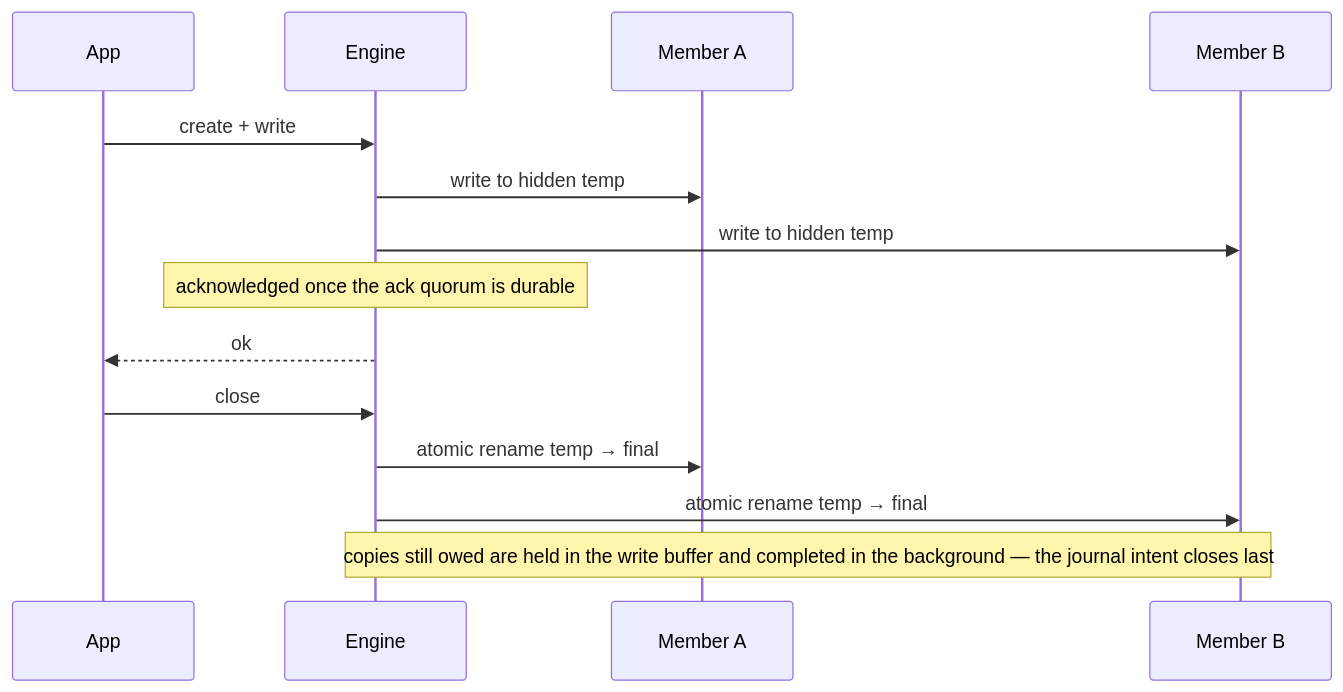
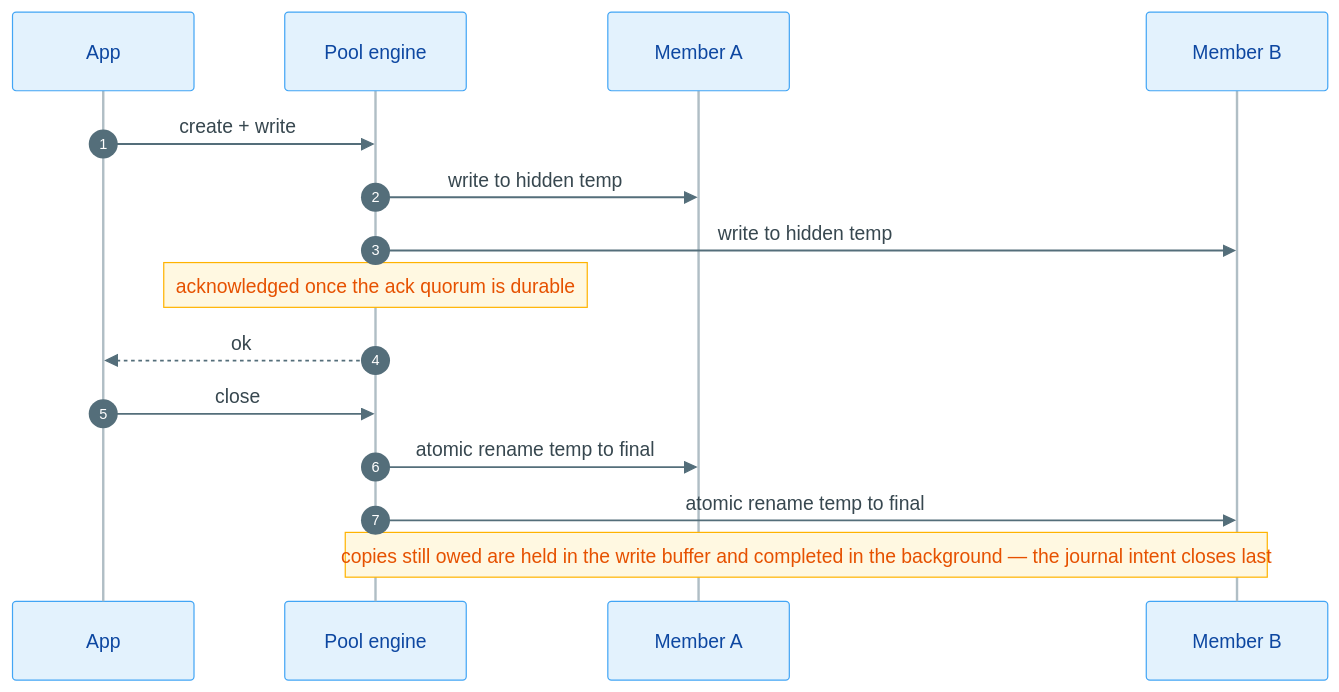
One commit to Hawkynt/DriveBenderUtility changed the third of 7 diagrams in README.md. Above: the diagram before and after it, drawn with Mermaid. The commit also changed other lines of this file and 1 other file, not shown here.

First line of the commit message:
* the diagrams looked like 2014: Material palette, rounded cards, semantic colour (#40)

````diff
--- a/README.md
+++ b/README.md
@@ -124,17 +151,19 @@
 ```mermaid
+%%{init: {"theme":"base","themeVariables":{"fontSize":"15px","actorBkg":"#E3F2FD","actorBorder":"#42A5F5","actorTextColor":"#0D47A1","actorLineColor":"#B0BEC5","signalColor":"#546E7A","signalTextColor":"#37474F","noteBkgColor":"#FFF8E1","noteBorderColor":"#FFB300","noteTextColor":"#E65100","sequenceNumberColor":"#FFFFFF"}}}%%
 sequenceDiagram
+    autonumber
     participant App
-    participant Engine
+    participant Engine as Pool engine
     participant A as Member A
     participant B as Member B
 
     App->>Engine: create + write
     Engine->>A: write to hidden temp
     Engine->>B: write to hidden temp
     Note over Engine: acknowledged once the ack quorum is durable
     Engine-->>App: ok
     App->>Engine: close
-    Engine->>A: atomic rename temp → final
-    Engine->>B: atomic rename temp → final
+    Engine->>A: atomic rename temp to final
+    Engine->>B: atomic rename temp to final
     Note over Engine,B: copies still owed are held in the write buffer and completed in the background — the journal intent closes last
 ```
````
